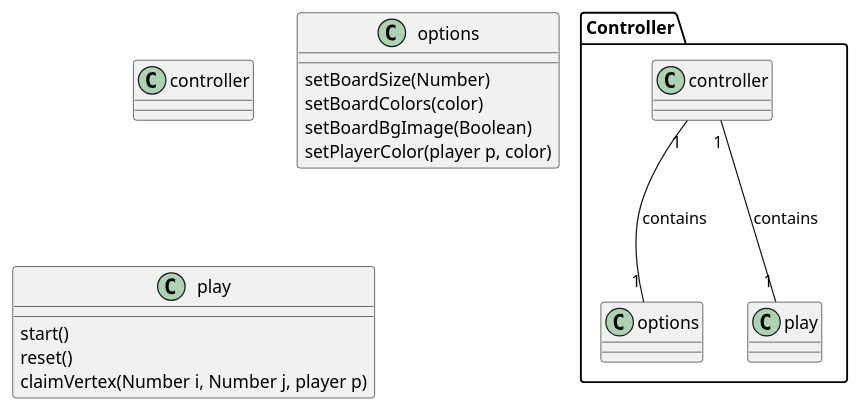
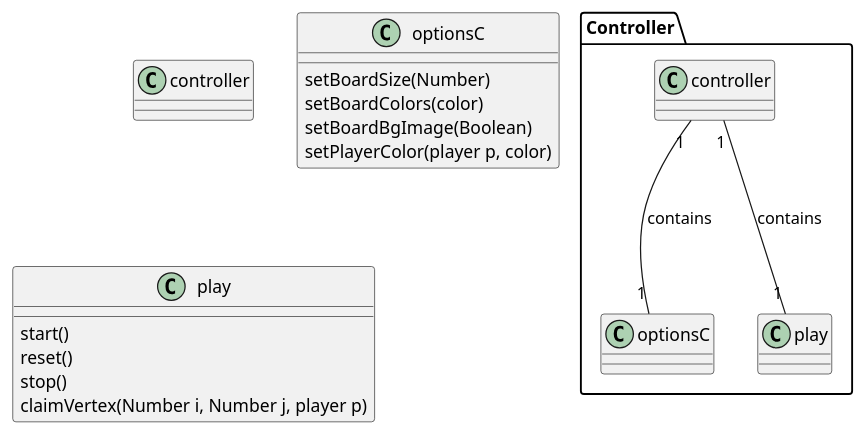
One commit to nugentmichael1/gomoku changed the diagram in UMLDiagrams/Class/GameController.plantuml. Above: the diagram before and after it, drawn with PlantUML. The commit also changed 37 other files, not shown here.

```diff
--- a/UMLDiagrams/Class/GameController.plantuml
+++ b/UMLDiagrams/Class/GameController.plantuml
@@ -1,26 +1,27 @@
 @startuml "Game Controller"
 
 
 package "Controller"{
-    controller "1" -- "1" options: contains
+    controller "1" -- "1" optionsC: contains
     controller "1" -- "1" play: contains
 }
 
 class controller{
 
 }
 
-class options{
+class optionsC{
     setBoardSize(Number)
     setBoardColors(color)
     setBoardBgImage(Boolean)
     setPlayerColor(player p, color)
 }
 
 class play{
     start()
     reset()
+    stop()
     claimVertex(Number i, Number j, player p)
 }
 
 @enduml
```
